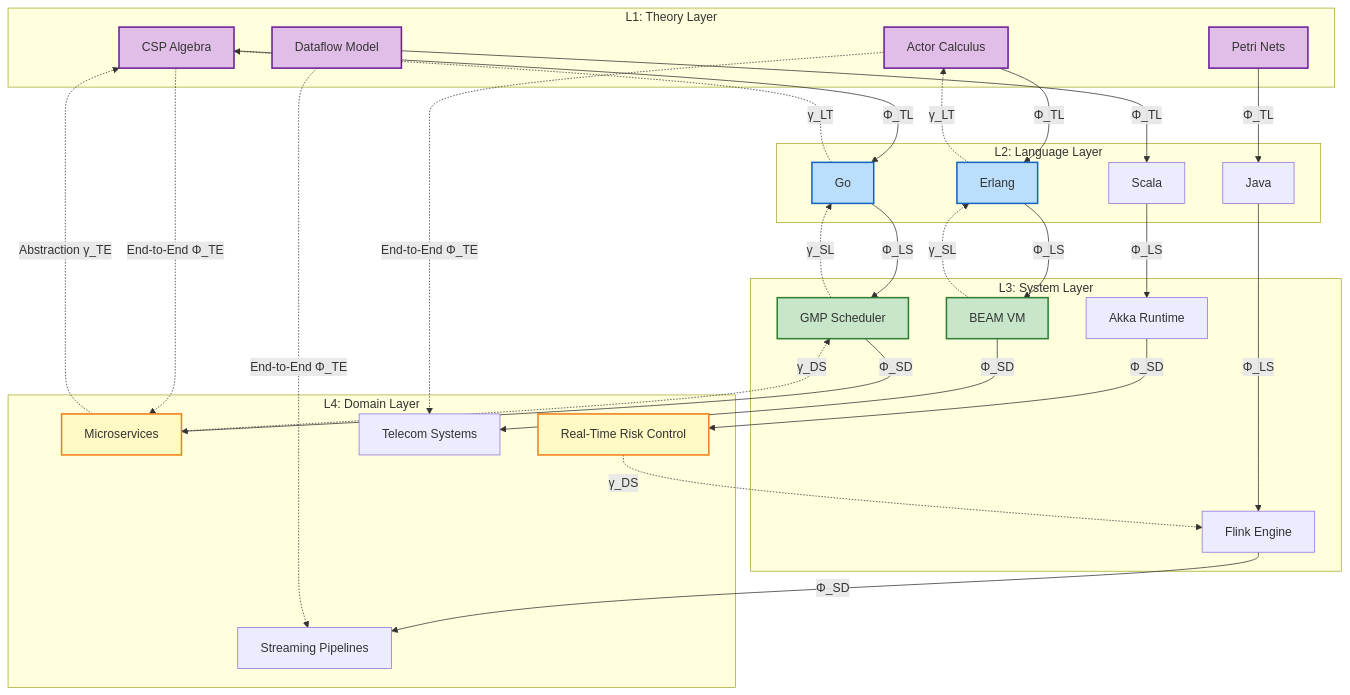
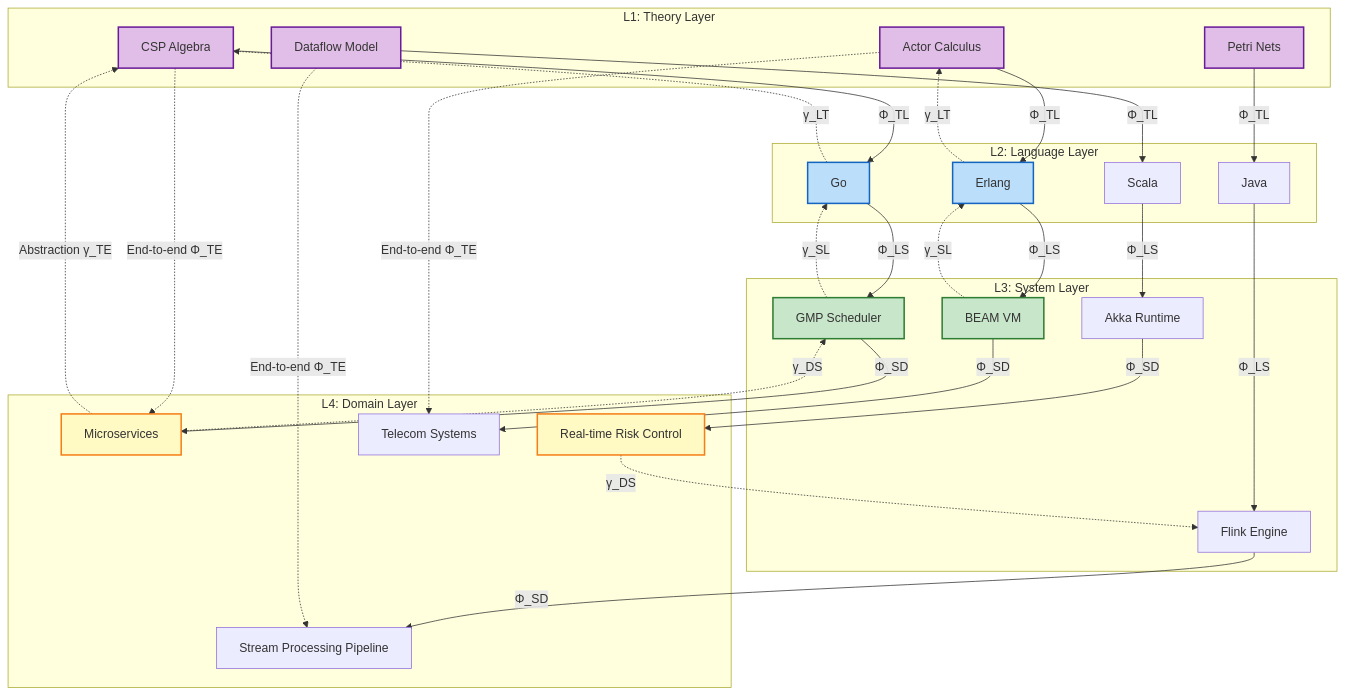
The first of 4 diagrams in i18n/en/Struct/03-relationships/03.05-cross-model-mappings.md (AdaMartin18010/AnalysisDataFlow), drawn with Mermaid before and after one commit. The commit also changed other lines of this file and 154 other files, not shown here.

````diff
--- a/i18n/en/Struct/03-relationships/03.05-cross-model-mappings.md
+++ b/i18n/en/Struct/03-relationships/03.05-cross-model-mappings.md
@@ -632,68 +631,68 @@
 ```mermaid
 flowchart TB
     subgraph "L1: Theory Layer"
         T1[CSP Algebra]
         T2[Actor Calculus]
         T3[Dataflow Model]
         T4[Petri Nets]
     end
 
     subgraph "L2: Language Layer"
         L1[Go]
         L2[Erlang]
         L3[Scala]
         L4[Java]
     end
 
     subgraph "L3: System Layer"
         S1[GMP Scheduler]
         S2[BEAM VM]
         S3[Akka Runtime]
         S4[Flink Engine]
     end
 
     subgraph "L4: Domain Layer"
         D1[Microservices]
-        D2[Real-Time Risk Control]
+        D2[Real-time Risk Control]
         D3[Telecom Systems]
-        D4[Streaming Pipelines]
+        D4[Stream Processing Pipeline]
     end
 
     T1 -->|Φ_TL| L1
     T2 -->|Φ_TL| L2
     T3 -->|Φ_TL| L3
     T4 -->|Φ_TL| L4
 
     L1 -->|Φ_LS| S1
     L2 -->|Φ_LS| S2
     L3 -->|Φ_LS| S3
     L4 -->|Φ_LS| S4
 
     S1 -->|Φ_SD| D1
     S2 -->|Φ_SD| D3
     S3 -->|Φ_SD| D2
     S4 -->|Φ_SD| D4
 
     L1 -.->|γ_LT| T1
     L2 -.->|γ_LT| T2
     S1 -.->|γ_SL| L1
     S2 -.->|γ_SL| L2
     D1 -.->|γ_DS| S1
     D2 -.->|γ_DS| S4
 
-    T1 -.->|End-to-End Φ_TE| D1
-    T2 -.->|End-to-End Φ_TE| D3
-    T3 -.->|End-to-End Φ_TE| D4
+    T1 -.->|End-to-end Φ_TE| D1
+    T2 -.->|End-to-end Φ_TE| D3
+    T3 -.->|End-to-end Φ_TE| D4
     D1 -.->|Abstraction γ_TE| T1
 
     style T1 fill:#e1bee7,stroke:#6a1b9a,stroke-width:2px
     style T2 fill:#e1bee7,stroke:#6a1b9a,stroke-width:2px
     style T3 fill:#e1bee7,stroke:#6a1b9a,stroke-width:2px
     style T4 fill:#e1bee7,stroke:#6a1b9a,stroke-width:2px
     style L1 fill:#bbdefb,stroke:#1565c0,stroke-width:2px
     style L2 fill:#bbdefb,stroke:#1565c0,stroke-width:2px
     style S1 fill:#c8e6c9,stroke:#2e7d32,stroke-width:2px
     style S2 fill:#c8e6c9,stroke:#2e7d32,stroke-width:2px
     style D1 fill:#fff9c4,stroke:#f57f17,stroke-width:2px
     style D2 fill:#fff9c4,stroke:#f57f17,stroke-width:2px
 ```
````
